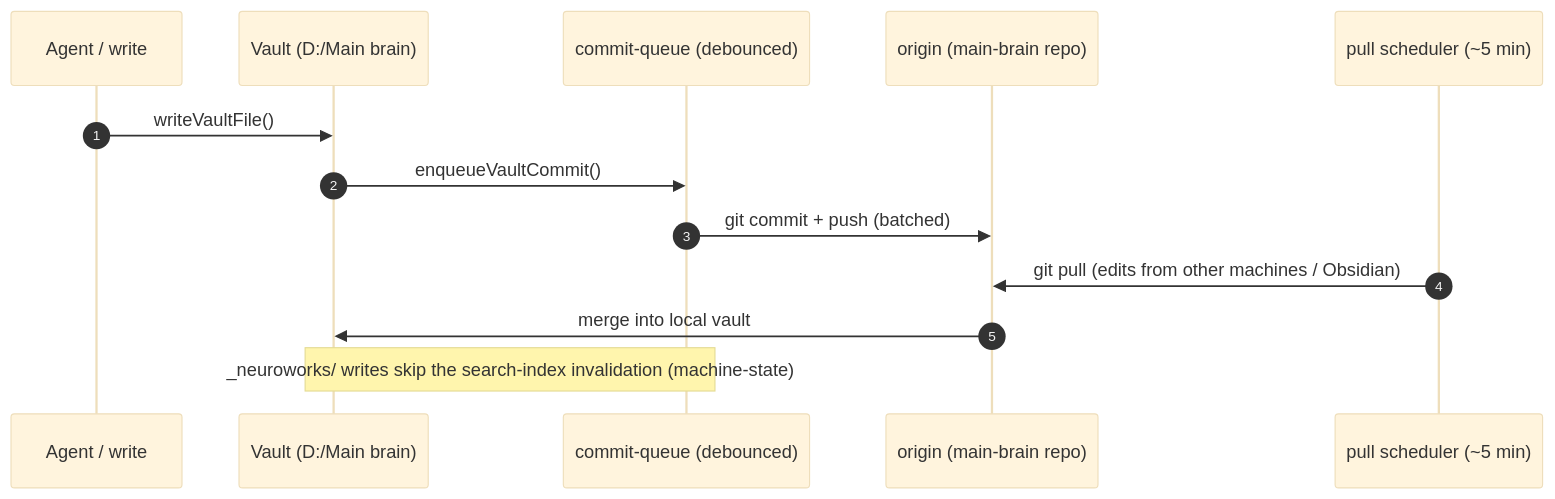
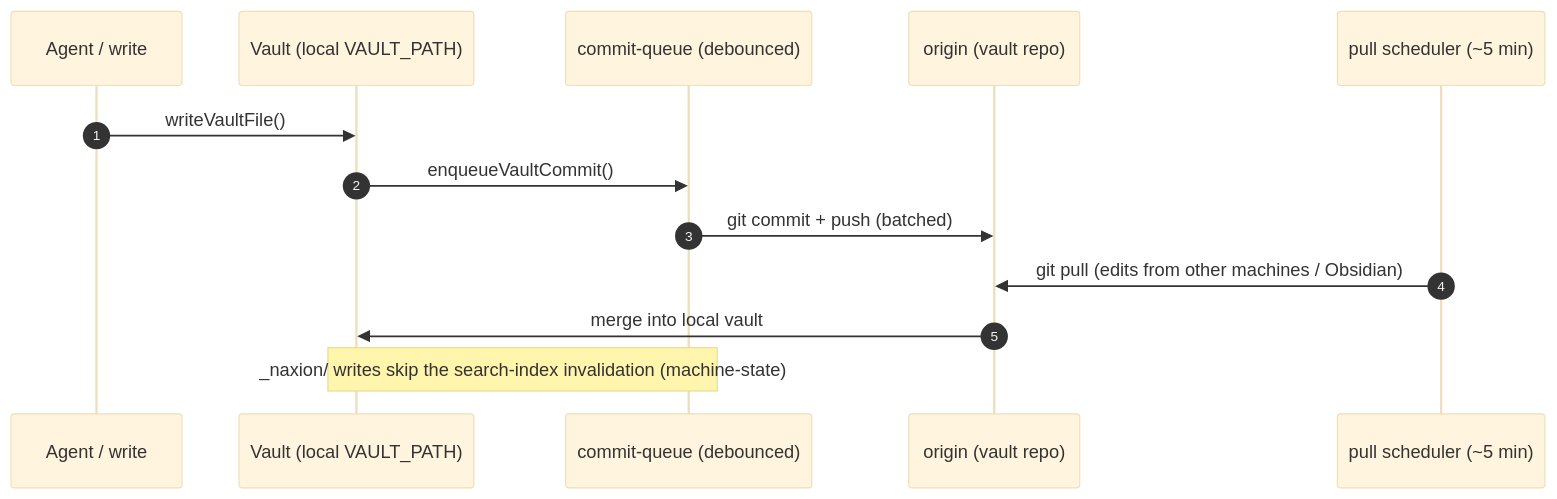
The third of 4 diagrams in naxionai/docs/DATA-MIGRATION.md (NatureAiia/Naxie), drawn with Mermaid (base theme) before and after one commit. The commit also changed other lines of this file and 259 other files, not shown here.

````diff
--- a/naxionai/docs/DATA-MIGRATION.md
+++ b/naxionai/docs/DATA-MIGRATION.md
@@ -62,15 +62,15 @@
 ```mermaid
 sequenceDiagram
   autonumber
   participant A as Agent / write
-  participant V as Vault (D:/Main brain)
+  participant V as Vault (local VAULT_PATH)
   participant Q as commit-queue (debounced)
-  participant G as origin (main-brain repo)
+  participant G as origin (vault repo)
   participant P as pull scheduler (~5 min)
   A->>V: writeVaultFile()
   V->>Q: enqueueVaultCommit()
   Q->>G: git commit + push (batched)
   P->>G: git pull (edits from other machines / Obsidian)
   G->>V: merge into local vault
-  Note over V,Q: _neuroworks/ writes skip the search-index invalidation (machine-state)
+  Note over V,Q: _naxion/ writes skip the search-index invalidation (machine-state)
 ```
````
